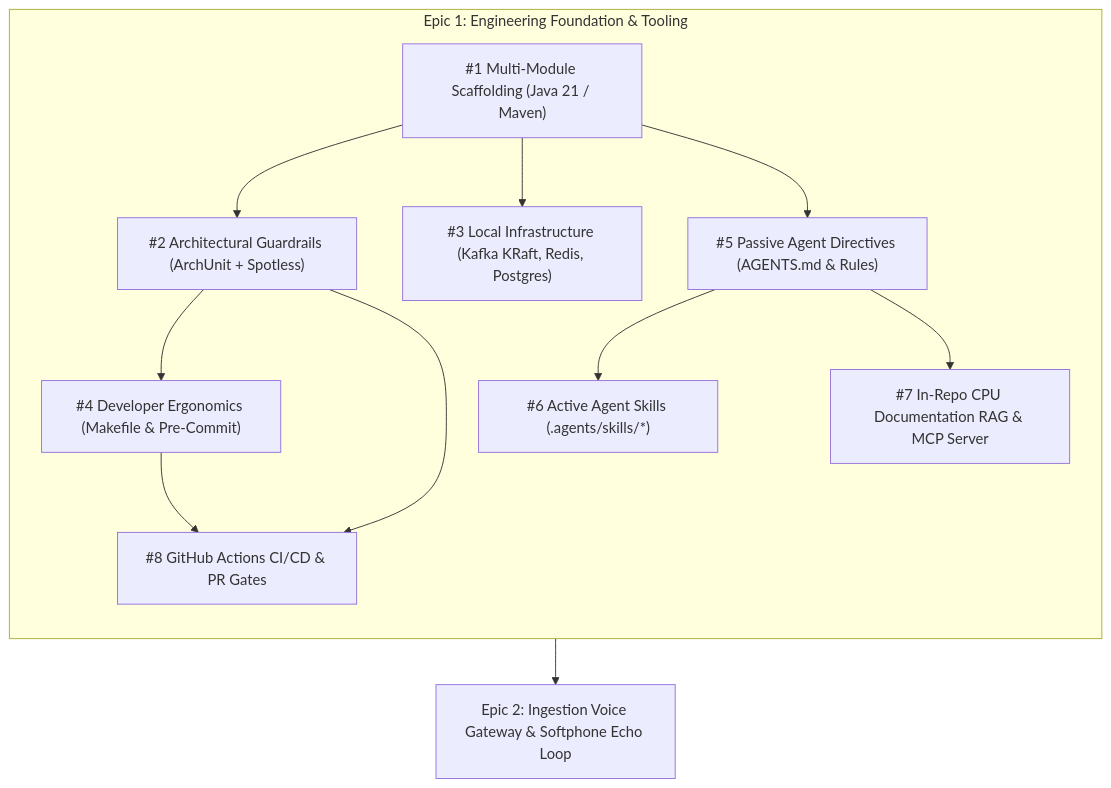
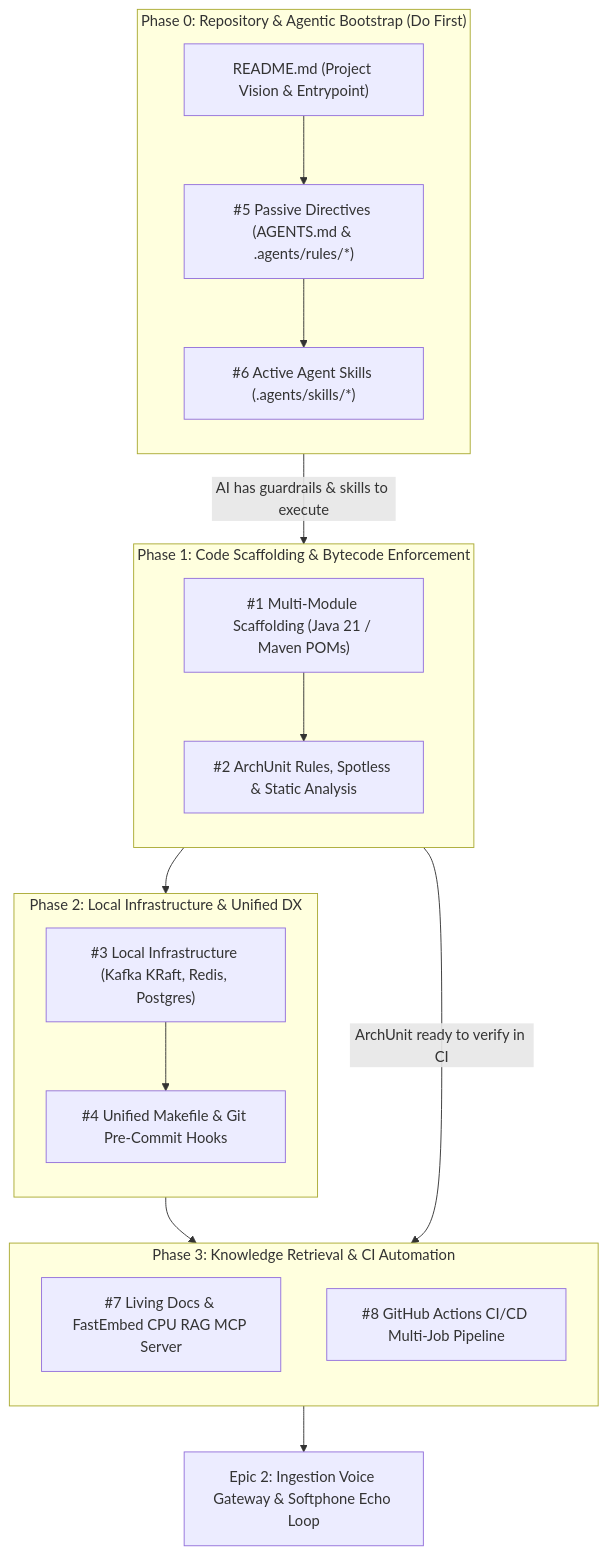
One commit to pedrazamiguez/voice-pulse changed the diagram in epic-1-foundation-plan.md. Above: the diagram before and after it, drawn with Mermaid. The commit also changed other lines of this file and 1 other file, not shown here.

Commit message:
docs: initialize root README.md and update Epic 1 execution roadmap

````diff
--- a/epic-1-foundation-plan.md
+++ b/epic-1-foundation-plan.md
@@ -20,15 +22,36 @@
 ```mermaid
 flowchart TD
-    subgraph Epic1 ["Epic 1: Engineering Foundation & Tooling"]
+    subgraph Phase0 ["Phase 0: Repository & Agentic Bootstrap (Do First)"]
         direction TB
-        I1["#1 Multi-Module Scaffolding (Java 21 / Maven)"] --> I2["#2 Architectural Guardrails (ArchUnit + Spotless)"]
-        I1 --> I3["#3 Local Infrastructure (Kafka KRaft, Redis, Postgres)"]
-        I2 --> I4["#4 Developer Ergonomics (Makefile & Pre-Commit)"]
-        I1 --> I5["#5 Passive Agent Directives (AGENTS.md & Rules)"]
-        I5 --> I6["#6 Active Agent Skills (.agents/skills/*)"]
-        I5 --> I7["#7 In-Repo CPU Documentation RAG & MCP Server"]
-        I2 & I4 --> I8["#8 GitHub Actions CI/CD & PR Gates"]
+        R0["README.md (Project Vision & Entrypoint)"]
+        I5["#5 Passive Directives (AGENTS.md & .agents/rules/*)"]
+        I6["#6 Active Agent Skills (.agents/skills/*)"]
+        R0 --> I5 --> I6
     end
 
-    Epic1 --> NextEpic["Epic 2: Ingestion Voice Gateway & Softphone Echo Loop"]
+    subgraph Phase1 ["Phase 1: Code Scaffolding & Bytecode Enforcement"]
+        direction TB
+        I1["#1 Multi-Module Scaffolding (Java 21 / Maven POMs)"]
+        I2["#2 ArchUnit Rules, Spotless & Static Analysis"]
+        I1 --> I2
+    end
+
+    subgraph Phase2 ["Phase 2: Local Infrastructure & Unified DX"]
+        direction TB
+        I3["#3 Local Infrastructure (Kafka KRaft, Redis, Postgres)"]
+        I4["#4 Unified Makefile & Git Pre-Commit Hooks"]
+        I3 --> I4
+    end
+
+    subgraph Phase3 ["Phase 3: Knowledge Retrieval & CI Automation"]
+        direction TB
+        I7["#7 Living Docs & FastEmbed CPU RAG MCP Server"]
+        I8["#8 GitHub Actions CI/CD Multi-Job Pipeline"]
+    end
+
+    Phase0 -->|"AI has guardrails & skills to execute"| Phase1
+    Phase1 --> Phase2
+    Phase2 --> Phase3
+    Phase1 -->|"ArchUnit ready to verify in CI"| I8
+    Phase3 --> NextEpic["Epic 2: Ingestion Voice Gateway & Softphone Echo Loop"]
 ```
````
